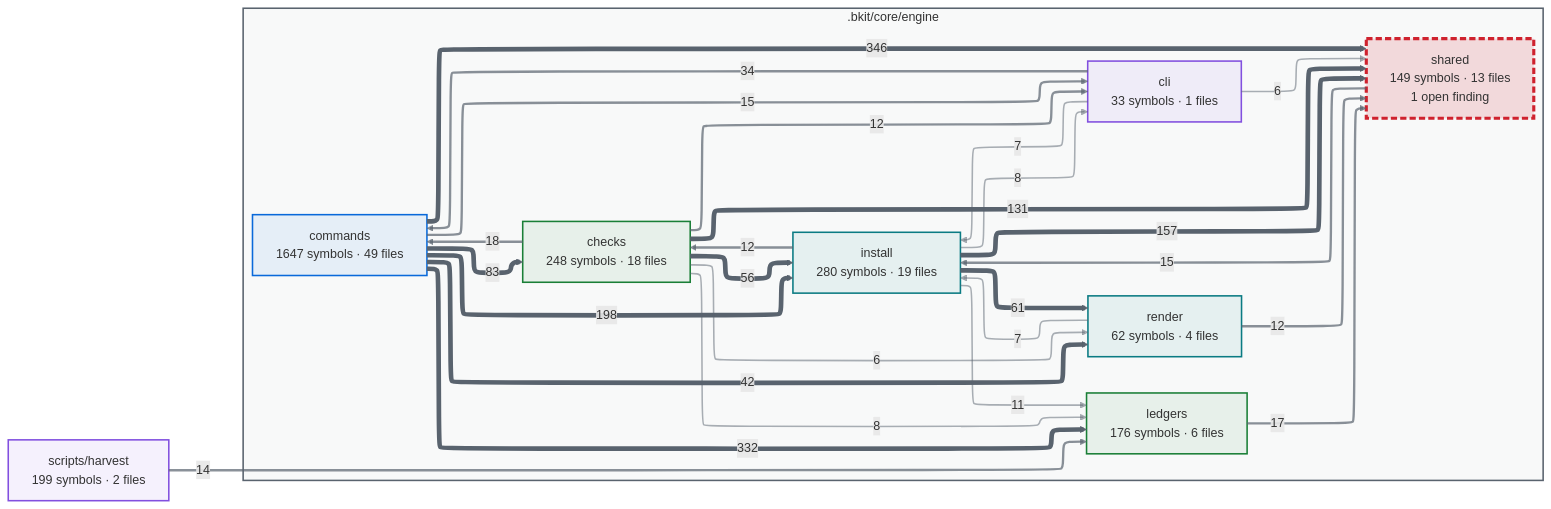
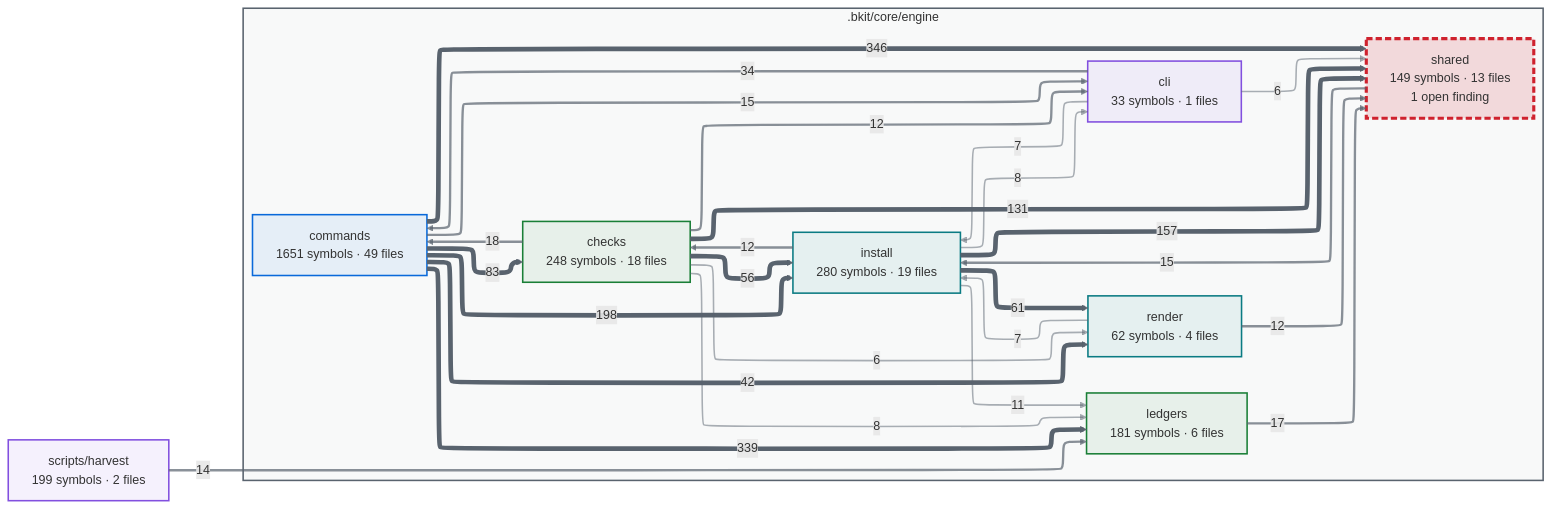
Before and after one commit to cbartens/bkit: the first of 2 diagrams in docs/capabilities.md, drawn with Mermaid. The commit also changed other lines of this file and 7 other files, not shown here.

````diff
--- a/docs/capabilities.md
+++ b/docs/capabilities.md
@@ -153,80 +153,80 @@
 ```mermaid
 ---
 config:
   layout: elk
   themeCSS: "marker { overflow: visible; } marker path { transform: scale(1.8); transform-origin: 5px 5px; }"
   flowchart:
     useMaxWidth: false
 ---
 flowchart LR
-  %% Generated by bkit-graphify-rollup.py from 1ee86de1afcac81cd38743ca656729880562e4f0 — do not edit
+  %% Generated by bkit-graphify-rollup.py from 1050cf638c10941f2efac143030c4270c7ac13bc — do not edit
   subgraph gn_bkit_core_engine[".bkit/core/engine"]
     n_bkit_core_engine_checks["checks<br/>248 symbols · 18 files"]
     n_bkit_core_engine_cli["cli<br/>33 symbols · 1 files"]
-    n_bkit_core_engine_commands["commands<br/>1647 symbols · 49 files"]
+    n_bkit_core_engine_commands["commands<br/>1651 symbols · 49 files"]
     n_bkit_core_engine_install["install<br/>280 symbols · 19 files"]
-    n_bkit_core_engine_ledgers["ledgers<br/>176 symbols · 6 files"]
+    n_bkit_core_engine_ledgers["ledgers<br/>181 symbols · 6 files"]
     n_bkit_core_engine_render["render<br/>62 symbols · 4 files"]
     n_bkit_core_engine_shared["shared<br/>149 symbols · 13 files<br/>1 open finding"]
   end
   nscripts_harvest["scripts/harvest<br/>199 symbols · 2 files"]
   n_bkit_core_engine_commands -->|346| n_bkit_core_engine_shared
-  n_bkit_core_engine_commands -->|332| n_bkit_core_engine_ledgers
+  n_bkit_core_engine_commands -->|339| n_bkit_core_engine_ledgers
   n_bkit_core_engine_commands -->|198| n_bkit_core_engine_install
   n_bkit_core_engine_install -->|157| n_bkit_core_engine_shared
   n_bkit_core_engine_checks -->|131| n_bkit_core_engine_shared
   n_bkit_core_engine_commands -->|83| n_bkit_core_engine_checks
   n_bkit_core_engine_install -->|61| n_bkit_core_engine_render
   n_bkit_core_engine_checks -->|56| n_bkit_core_engine_install
   n_bkit_core_engine_commands -->|42| n_bkit_core_engine_render
   n_bkit_core_engine_cli -->|34| n_bkit_core_engine_commands
   n_bkit_core_engine_checks -->|18| n_bkit_core_engine_commands
   n_bkit_core_engine_ledgers -->|17| n_bkit_core_engine_shared
   n_bkit_core_engine_shared -->|15| n_bkit_core_engine_install
   n_bkit_core_engine_commands -->|15| n_bkit_core_engine_cli
   nscripts_harvest -->|14| n_bkit_core_engine_ledgers
   n_bkit_core_engine_install -->|12| n_bkit_core_engine_checks
   n_bkit_core_engine_checks -->|12| n_bkit_core_engine_cli
   n_bkit_core_engine_render -->|12| n_bkit_core_engine_shared
   n_bkit_core_engine_install -->|11| n_bkit_core_engine_ledgers
   n_bkit_core_engine_checks -->|8| n_bkit_core_engine_ledgers
   n_bkit_core_engine_install -->|8| n_bkit_core_engine_cli
   n_bkit_core_engine_cli -->|7| n_bkit_core_engine_install
   n_bkit_core_engine_render -->|7| n_bkit_core_engine_install
   n_bkit_core_engine_checks -->|6| n_bkit_core_engine_render
   n_bkit_core_engine_cli -->|6| n_bkit_core_engine_shared
   style gn_bkit_core_engine fill:#59636e0a,stroke:#59636e,stroke-width:2px
   style n_bkit_core_engine_checks stroke:#1a7f37,stroke-width:2px,fill:#1a7f3714
   style n_bkit_core_engine_cli stroke:#8250df,stroke-width:2px,fill:#8250df14
   style n_bkit_core_engine_commands stroke:#0969da,stroke-width:2px,fill:#0969da14
   style n_bkit_core_engine_install stroke:#0a7b83,stroke-width:2px,fill:#0a7b8314
   style n_bkit_core_engine_ledgers stroke:#1a7f37,stroke-width:2px,fill:#1a7f3714
   style n_bkit_core_engine_render stroke:#0a7b83,stroke-width:2px,fill:#0a7b8314
   style n_bkit_core_engine_shared stroke:#cf222e,stroke-width:4px,stroke-dasharray:8 4,fill:#cf222e26
   style nscripts_harvest stroke:#8250df,stroke-width:2px,fill:#8250df14
   linkStyle 0 stroke:#59636e,stroke-width:6px
   linkStyle 1 stroke:#59636e,stroke-width:6px
   linkStyle 2 stroke:#59636e,stroke-width:6px
   linkStyle 3 stroke:#59636e,stroke-width:6px
   linkStyle 4 stroke:#59636e,stroke-width:6px
   linkStyle 5 stroke:#59636e,stroke-width:6px
   linkStyle 6 stroke:#59636e,stroke-width:6px
   linkStyle 7 stroke:#59636e,stroke-width:6px
   linkStyle 8 stroke:#59636e,stroke-width:6px
   linkStyle 9 stroke:#59636eb3,stroke-width:3px
   linkStyle 10 stroke:#59636eb3,stroke-width:3px
   linkStyle 11 stroke:#59636eb3,stroke-width:3px
   linkStyle 12 stroke:#59636eb3,stroke-width:3px
   linkStyle 13 stroke:#59636eb3,stroke-width:3px
   linkStyle 14 stroke:#59636eb3,stroke-width:3px
   linkStyle 15 stroke:#59636eb3,stroke-width:3px
   linkStyle 16 stroke:#59636eb3,stroke-width:3px
   linkStyle 17 stroke:#59636eb3,stroke-width:3px
   linkStyle 18 stroke:#59636e80,stroke-width:2px
   linkStyle 19 stroke:#59636e80,stroke-width:2px
   linkStyle 20 stroke:#59636e80,stroke-width:2px
   linkStyle 21 stroke:#59636e80,stroke-width:2px
   linkStyle 22 stroke:#59636e80,stroke-width:2px
   linkStyle 23 stroke:#59636e80,stroke-width:2px
   linkStyle 24 stroke:#59636e80,stroke-width:2px
 ```
````
